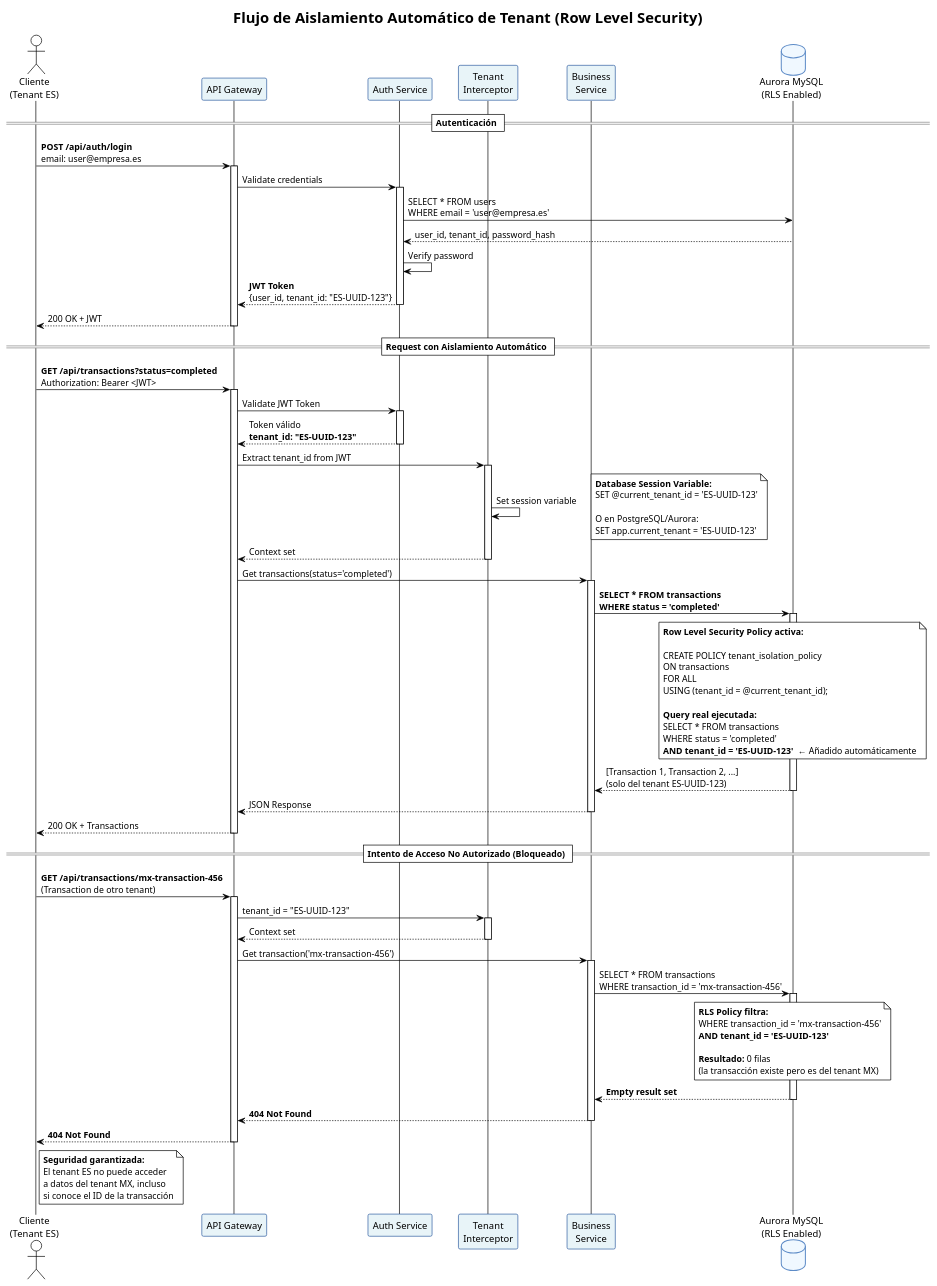
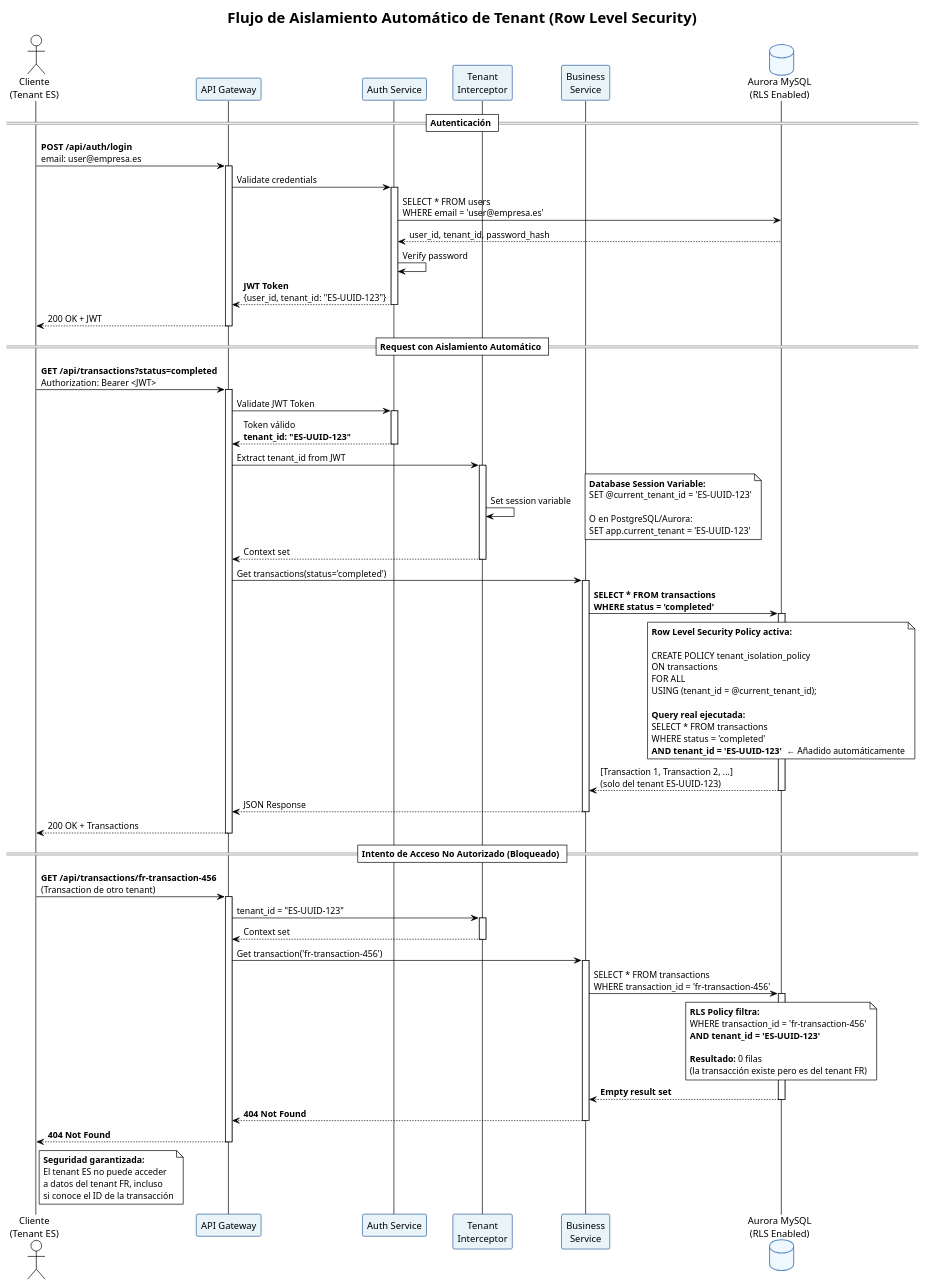
One commit to Alejandrokbo/mscope-challenge changed the diagram in src/docs/diagrams/tenant-isolation-flow.puml. Above: the diagram before and after it, drawn with PlantUML. The commit also changed 3 other files, not shown here.

```diff
--- a/src/docs/diagrams/tenant-isolation-flow.puml
+++ b/src/docs/diagrams/tenant-isolation-flow.puml
@@ -1,137 +1,137 @@
 @startuml tenant-isolation-flow
 !theme plain
 skinparam backgroundColor white
 skinparam defaultFontName Arial
 title Flujo de Aislamiento Automático de Tenant (Row Level Security)
 
 skinparam participant {
     BackgroundColor #E8F4F8
     BorderColor #2C5AA0
 }
 
 skinparam database {
     BackgroundColor #F0F8FF
     BorderColor #5D8BC7
 }
 
 actor "Cliente\n(Tenant ES)" as User
 participant "API Gateway" as API
 participant "Auth Service" as Auth
 participant "Tenant\nInterceptor" as Interceptor
 participant "Business\nService" as Service
 database "Aurora MySQL\n(RLS Enabled)" as DB
 
 == Autenticación ==
 
 User -> API: **POST /api/auth/login**\nemail: user@empresa.es
 activate API
 
 API -> Auth: Validate credentials
 activate Auth
 
 Auth -> DB: SELECT * FROM users\nWHERE email = 'user@empresa.es'
 DB --> Auth: user_id, tenant_id, password_hash
 
 Auth -> Auth: Verify password
 Auth --> API: **JWT Token**\n{user_id, tenant_id: "ES-UUID-123"}
 deactivate Auth
 
 API --> User: 200 OK + JWT
 deactivate API
 
 == Request con Aislamiento Automático ==
 
 User -> API: **GET /api/transactions?status=completed**\nAuthorization: Bearer <JWT>
 activate API
 
 API -> Auth: Validate JWT Token
 activate Auth
 Auth --> API: Token válido\n**tenant_id: "ES-UUID-123"**
 deactivate Auth
 
 API -> Interceptor: Extract tenant_id from JWT
 activate Interceptor
 
 Interceptor -> Interceptor: Set session variable
 note right
   **Database Session Variable:**
   SET @current_tenant_id = 'ES-UUID-123'
 
   O en PostgreSQL/Aurora:
   SET app.current_tenant = 'ES-UUID-123'
 end note
 
 Interceptor --> API: Context set
 deactivate Interceptor
 
 API -> Service: Get transactions(status='completed')
 activate Service
 
 Service -> DB: **SELECT * FROM transactions**\n**WHERE status = 'completed'**
 activate DB
 
 note over DB
   **Row Level Security Policy activa:**
 
   CREATE POLICY tenant_isolation_policy
   ON transactions
   FOR ALL
   USING (tenant_id = @current_tenant_id);
 
   **Query real ejecutada:**
   SELECT * FROM transactions
   WHERE status = 'completed'
   **AND tenant_id = 'ES-UUID-123'**  ← Añadido automáticamente
 end note
 
 DB --> Service: [Transaction 1, Transaction 2, ...]\n(solo del tenant ES-UUID-123)
 deactivate DB
 
 Service --> API: JSON Response
 deactivate Service
 
 API --> User: 200 OK + Transactions
 deactivate API
 
 == Intento de Acceso No Autorizado (Bloqueado) ==
 
-User -> API: **GET /api/transactions/mx-transaction-456**\n(Transaction de otro tenant)
+User -> API: **GET /api/transactions/fr-transaction-456**\n(Transaction de otro tenant)
 activate API
 
 API -> Interceptor: tenant_id = "ES-UUID-123"
 activate Interceptor
 Interceptor --> API: Context set
 deactivate Interceptor
 
-API -> Service: Get transaction('mx-transaction-456')
+API -> Service: Get transaction('fr-transaction-456')
 activate Service
 
-Service -> DB: SELECT * FROM transactions\nWHERE transaction_id = 'mx-transaction-456'
+Service -> DB: SELECT * FROM transactions\nWHERE transaction_id = 'fr-transaction-456'
 activate DB
 
 note over DB
   **RLS Policy filtra:**
-  WHERE transaction_id = 'mx-transaction-456'
+  WHERE transaction_id = 'fr-transaction-456'
   **AND tenant_id = 'ES-UUID-123'**
 
   **Resultado:** 0 filas
-  (la transacción existe pero es del tenant MX)
+  (la transacción existe pero es del tenant FR)
 end note
 
 DB --> Service: **Empty result set**
 deactivate DB
 
 Service --> API: **404 Not Found**
 deactivate Service
 
 API --> User: **404 Not Found**
 deactivate API
 
 note right of User
   **Seguridad garantizada:**
   El tenant ES no puede acceder
-  a datos del tenant MX, incluso
+  a datos del tenant FR, incluso
   si conoce el ID de la transacción
 end note
 
 @enduml
```
